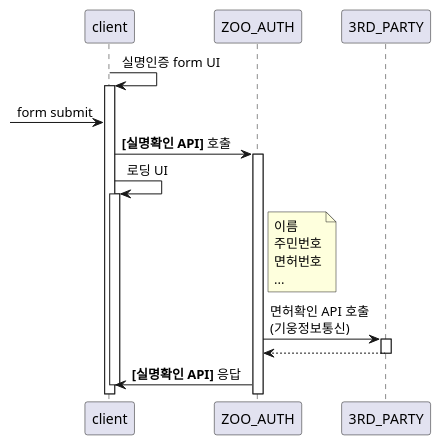
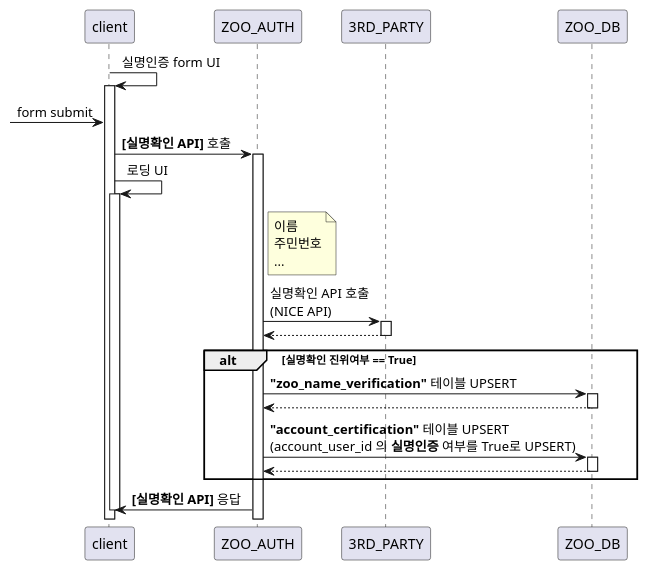
Before and after one commit to junhoo-barogo/junhoo-barogo.github.io: the diagram in uml/rider_certify/name_verification.puml, drawn with PlantUML. The commit also changed 32 other files, not shown here.

```diff
--- a/uml/rider_certify/name_verification.puml
+++ b/uml/rider_certify/name_verification.puml
@@ -1,15 +1,23 @@
 
 client -> client++ : 실명인증 form UI
 [-> client : form submit
 client -> ZOO_AUTH++ : **[실명확인 API]** 호출
 client -> client++ : 로딩 UI
 note right of ZOO_AUTH
     이름
     주민번호
-    면허번호
     ...
 end note
-ZOO_AUTH -> 3RD_PARTY++ : 면허확인 API 호출\n(기웅정보통신)
+ZOO_AUTH -> 3RD_PARTY++ : 실명확인 API 호출\n(NICE API)
 return
+
+alt 실명확인 진위여부 == True
+    ZOO_AUTH -> ZOO_DB++ : **"zoo_name_verification"** 테이블 UPSERT
+    return
+
+    ZOO_AUTH -> ZOO_DB++ : **"account_certification"** 테이블 UPSERT\n(account_user_id 의 **실명인증** 여부를 True로 UPSERT)
+    return
+end
+
 ZOO_AUTH -> client : **[실명확인 API]** 응답
 deactivate
```
